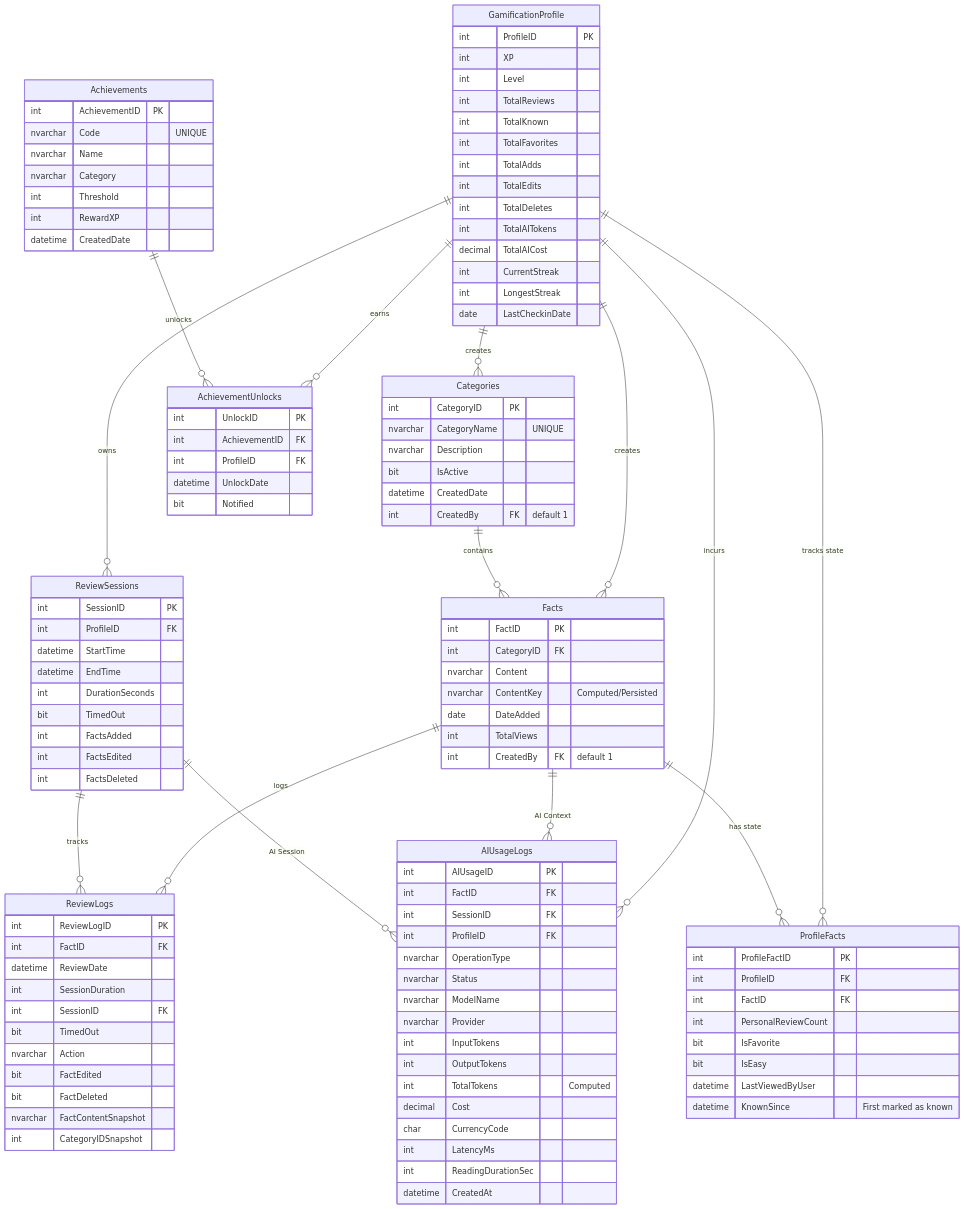
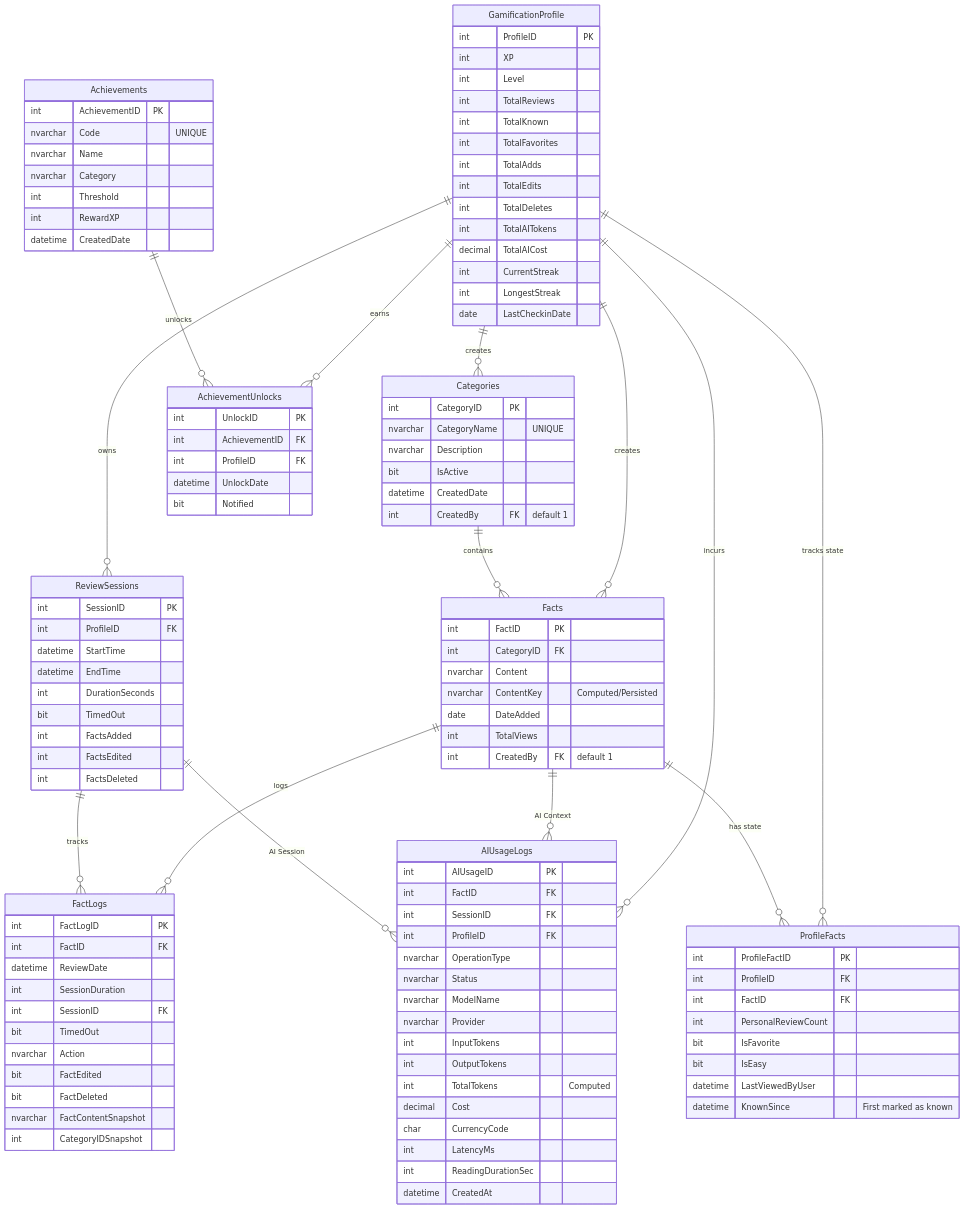
Before and after one commit to LordGauravB/FactDari: the diagram in database_setup/database_ERD.mmd, drawn with Mermaid. The commit also changed 8 other files, not shown here.

```diff
--- a/database_setup/database_ERD.mmd
+++ b/database_setup/database_ERD.mmd
@@ -1,135 +1,135 @@
 erDiagram
     GamificationProfile {
         int ProfileID PK
         int XP
         int Level
         int TotalReviews
         int TotalKnown
         int TotalFavorites
         int TotalAdds
         int TotalEdits
         int TotalDeletes
         int TotalAITokens
         decimal TotalAICost
         int CurrentStreak
         int LongestStreak
         date LastCheckinDate
     }
 
     Categories {
         int CategoryID PK
         nvarchar CategoryName "UNIQUE"
         nvarchar Description
         bit IsActive
         datetime CreatedDate
         int CreatedBy FK "default 1"
     }
 
     Facts {
         int FactID PK
         int CategoryID FK
         nvarchar Content
         nvarchar ContentKey "Computed/Persisted"
         date DateAdded
         int TotalViews
         int CreatedBy FK "default 1"
     }
 
     ProfileFacts {
         int ProfileFactID PK
         int ProfileID FK
         int FactID FK
         int PersonalReviewCount
         bit IsFavorite
         bit IsEasy
         datetime LastViewedByUser
         datetime KnownSince "First marked as known"
     }
 
     ReviewSessions {
         int SessionID PK
         int ProfileID FK
         datetime StartTime
         datetime EndTime
         int DurationSeconds
         bit TimedOut
         int FactsAdded
         int FactsEdited
         int FactsDeleted
     }
 
-    ReviewLogs {
-        int ReviewLogID PK
+    FactLogs {
+        int FactLogID PK
         int FactID FK
         datetime ReviewDate
         int SessionDuration
         int SessionID FK
         bit TimedOut
         nvarchar Action
         bit FactEdited
         bit FactDeleted
         nvarchar FactContentSnapshot
         int CategoryIDSnapshot
     }
 
     AIUsageLogs {
         int AIUsageID PK
         int FactID FK
         int SessionID FK
         int ProfileID FK
         nvarchar OperationType
         nvarchar Status
         nvarchar ModelName
         nvarchar Provider
         int InputTokens
         int OutputTokens
         int TotalTokens "Computed"
         decimal Cost
         char CurrencyCode
         int LatencyMs
         int ReadingDurationSec
         datetime CreatedAt
     }
 
     Achievements {
         int AchievementID PK
         nvarchar Code "UNIQUE"
         nvarchar Name
         nvarchar Category
         int Threshold
         int RewardXP
         datetime CreatedDate
     }
 
     AchievementUnlocks {
         int UnlockID PK
         int AchievementID FK
         int ProfileID FK
         datetime UnlockDate
         bit Notified
     }
 
     %% --- Core Relationships ---
     GamificationProfile ||--o{ ReviewSessions : owns
     GamificationProfile ||--o{ AchievementUnlocks : earns
     GamificationProfile ||--o{ AIUsageLogs : incurs
     GamificationProfile ||--o{ ProfileFacts : "tracks state"
     
     %% --- Creator Tracking (Added these based on SQL FKs) ---
     GamificationProfile ||--o{ Categories : "creates"
     GamificationProfile ||--o{ Facts : "creates"
 
     %% --- Content Structure ---
     Categories ||--o{ Facts : contains
     Facts ||--o{ ProfileFacts : "has state"
     
     %% --- Logging & History ---
-    Facts ||--o{ ReviewLogs : logs
-    ReviewSessions ||--o{ ReviewLogs : tracks
+    Facts ||--o{ FactLogs : logs
+    ReviewSessions ||--o{ FactLogs : tracks
     
     %% --- AI ---
     Facts ||--o{ AIUsageLogs : "AI Context"
     ReviewSessions ||--o{ AIUsageLogs : "AI Session"
 
     %% --- Gamification ---
     Achievements ||--o{ AchievementUnlocks : unlocks
```
